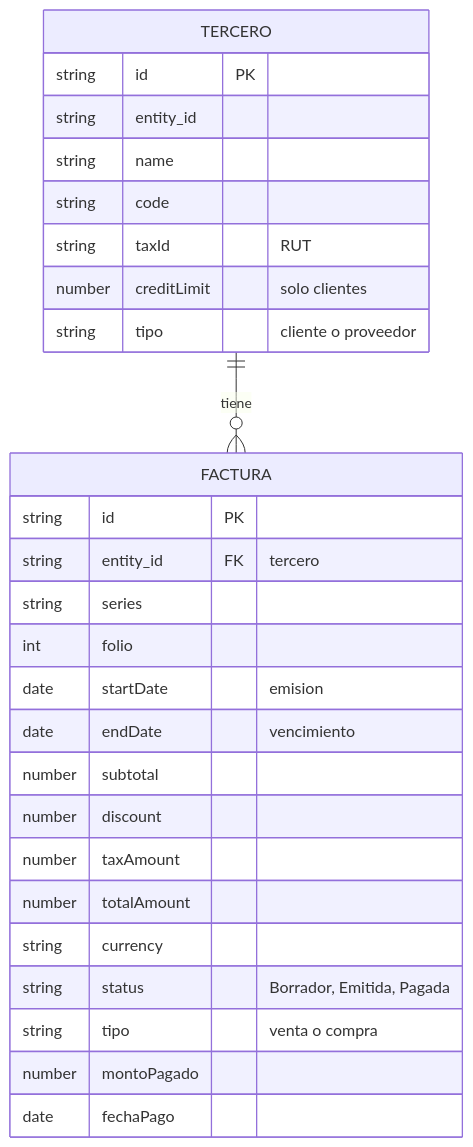
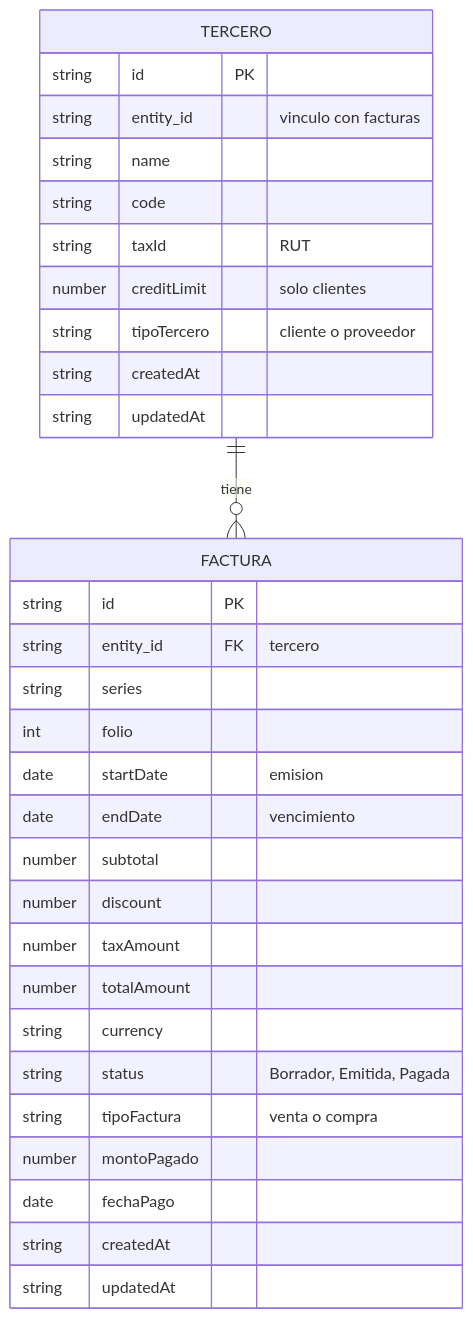
The diagram in specs/001-erp-base-module/data-model.md (MDS-BI/Grupo-01), drawn with Mermaid before and after one commit. The commit also changed other lines of this file and 4 other files, not shown here.

````diff
--- a/specs/001-erp-base-module/data-model.md
+++ b/specs/001-erp-base-module/data-model.md
@@ -110,32 +176,36 @@
 ```mermaid
 erDiagram
     TERCERO ||--o{ FACTURA : "tiene"
 
     TERCERO {
         string id PK
-        string entity_id
+        string entity_id "vinculo con facturas"
         string name
         string code
         string taxId "RUT"
         number creditLimit "solo clientes"
-        string tipo "cliente o proveedor"
+        string tipoTercero "cliente o proveedor"
+        string createdAt
+        string updatedAt
     }
 
     FACTURA {
         string id PK
         string entity_id FK "tercero"
         string series
         int folio
         date startDate "emision"
         date endDate "vencimiento"
         number subtotal
         number discount
         number taxAmount
         number totalAmount
         string currency
         string status "Borrador, Emitida, Pagada"
-        string tipo "venta o compra"
+        string tipoFactura "venta o compra"
         number montoPagado
         date fechaPago
+        string createdAt
+        string updatedAt
     }
 ```
````
